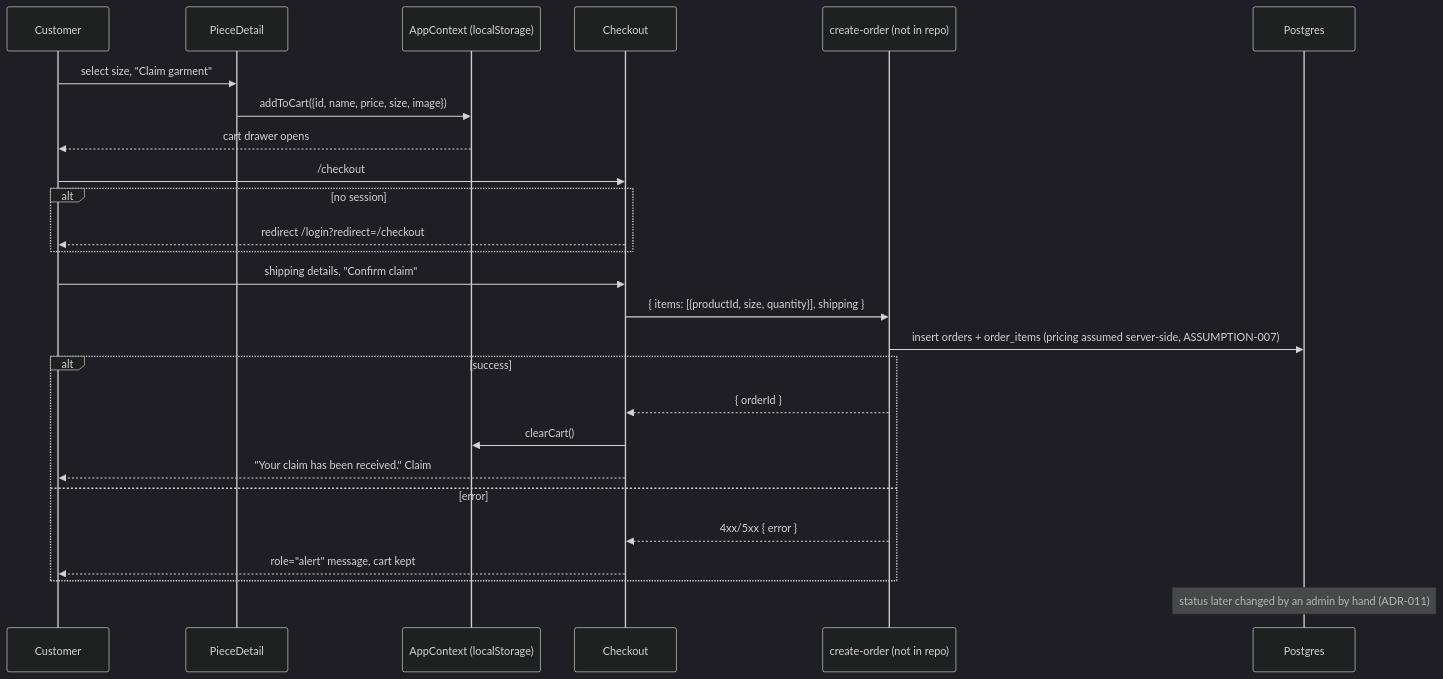
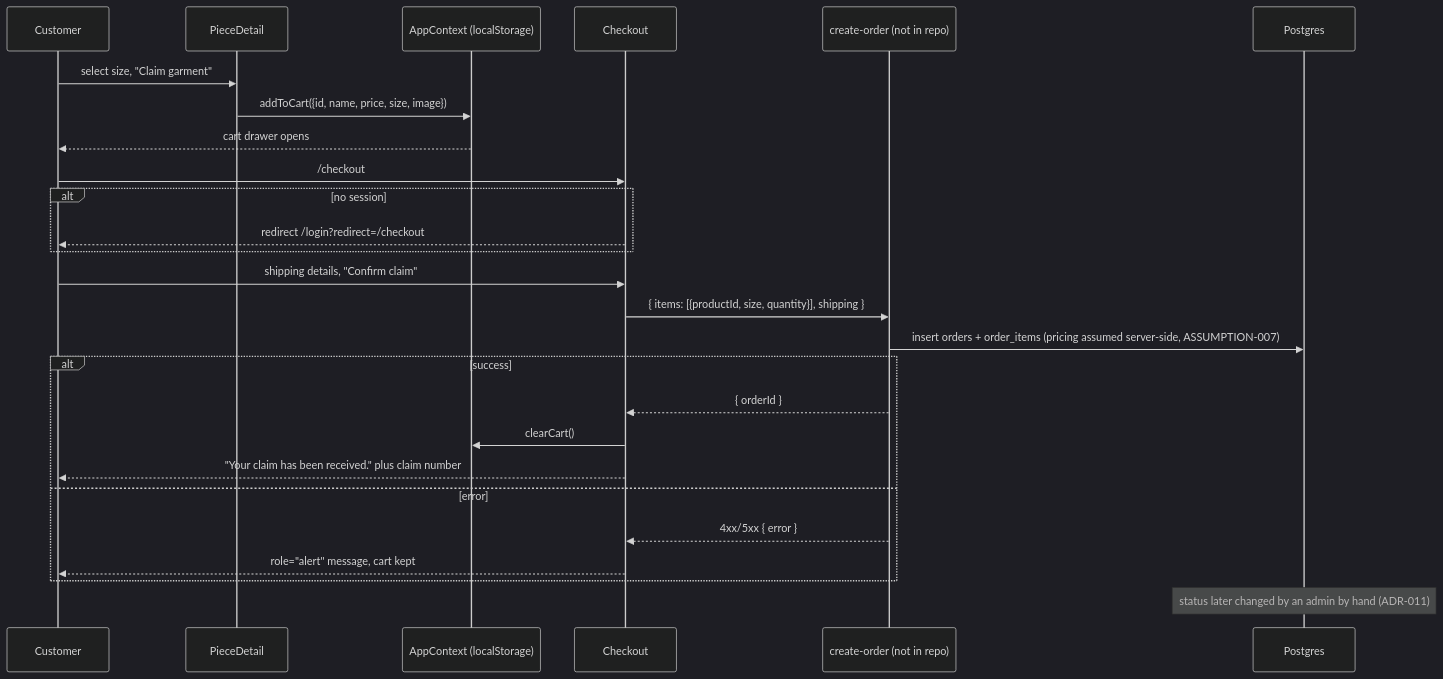
Before and after one commit to manishkumarveo-jpg/Gauddly: the first of 2 diagrams in diagrams/checkout-sequence.md, drawn with Mermaid (dark theme). The commit also changed 22 other files, not shown here.

````diff
--- a/diagrams/checkout-sequence.md
+++ b/diagrams/checkout-sequence.md
@@ -7,29 +7,29 @@
 ```mermaid
 sequenceDiagram
   participant U as Customer
   participant P as PieceDetail
   participant Ctx as AppContext (localStorage)
   participant CK as Checkout
   participant F as create-order (not in repo)
   participant DB as Postgres
 
   U->>P: select size, "Claim garment"
   P->>Ctx: addToCart({id, name, price, size, image})
   Ctx-->>U: cart drawer opens
   U->>CK: /checkout
   alt no session
     CK-->>U: redirect /login?redirect=/checkout
   end
   U->>CK: shipping details, "Confirm claim"
   CK->>F: { items: [{productId, size, quantity}], shipping }
   F->>DB: insert orders + order_items (pricing assumed server-side, ASSUMPTION-007)
   alt success
     F-->>CK: { orderId }
     CK->>Ctx: clearCart()
-    CK-->>U: "Your claim has been received." Claim #xxxxxxxx
+    CK-->>U: "Your claim has been received." plus claim number
   else error
     F-->>CK: 4xx/5xx { error }
     CK-->>U: role="alert" message, cart kept
   end
   Note over DB: status later changed by an admin by hand (ADR-011)
 ```
````
